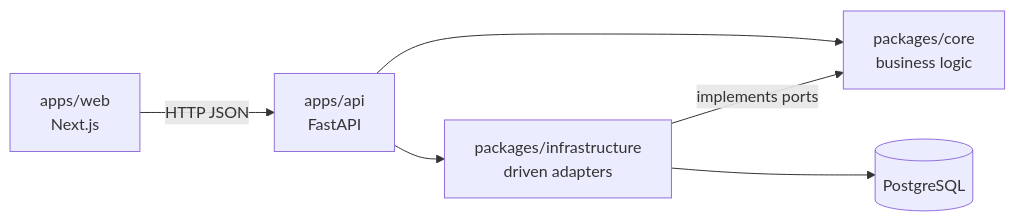
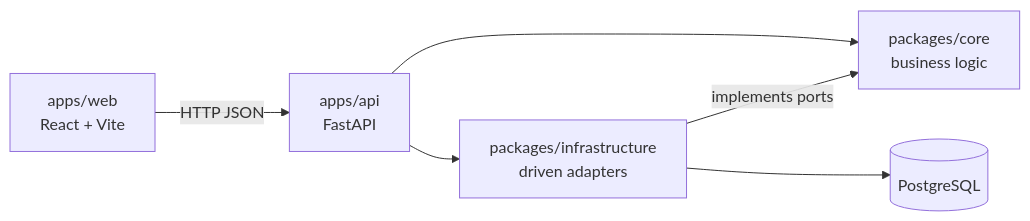
One commit to brian-rey-development/scibiom changed the diagram in docs/technical/ARCHITECTURE.md. Above: the diagram before and after it, drawn with Mermaid. The commit also changed other lines of this file and 29 other files, not shown here.

First line of the commit message:
refactor(web): replace Next.js with a React and Vite single-page app

````diff
--- a/docs/technical/ARCHITECTURE.md
+++ b/docs/technical/ARCHITECTURE.md
@@ -7,8 +7,8 @@
 ```mermaid
 flowchart LR
-    Web["apps/web<br/>Next.js"] -->|HTTP JSON| Api["apps/api<br/>FastAPI"]
+    Web["apps/web<br/>React + Vite"] -->|HTTP JSON| Api["apps/api<br/>FastAPI"]
     Api --> Infra["packages/infrastructure<br/>driven adapters"]
     Api --> Core["packages/core<br/>business logic"]
     Infra -->|implements ports| Core
     Infra --> Pg[("PostgreSQL")]
 ```
````
